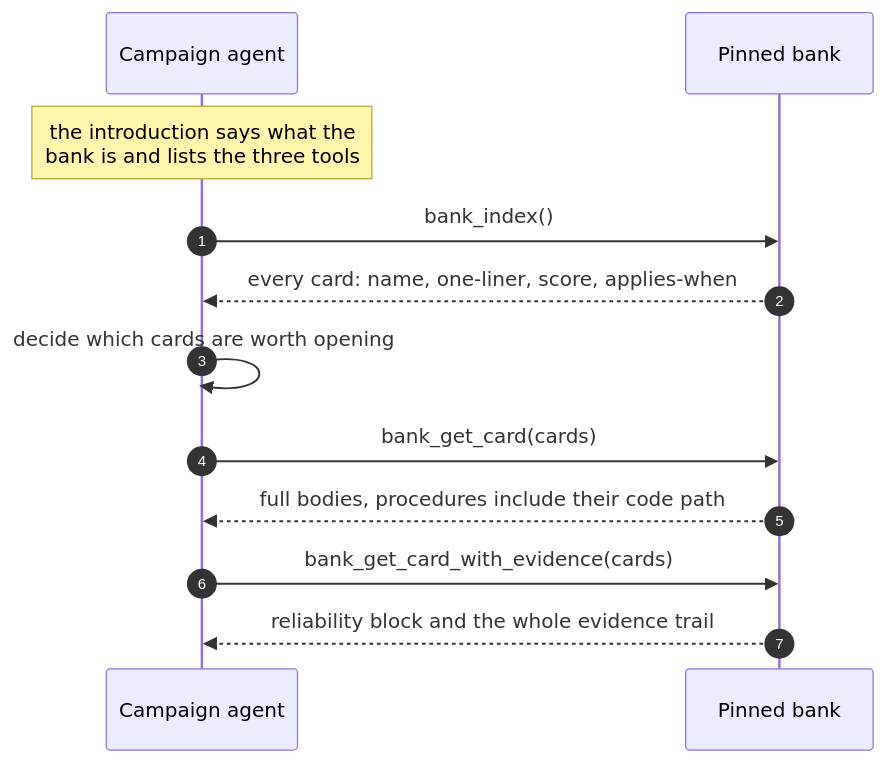
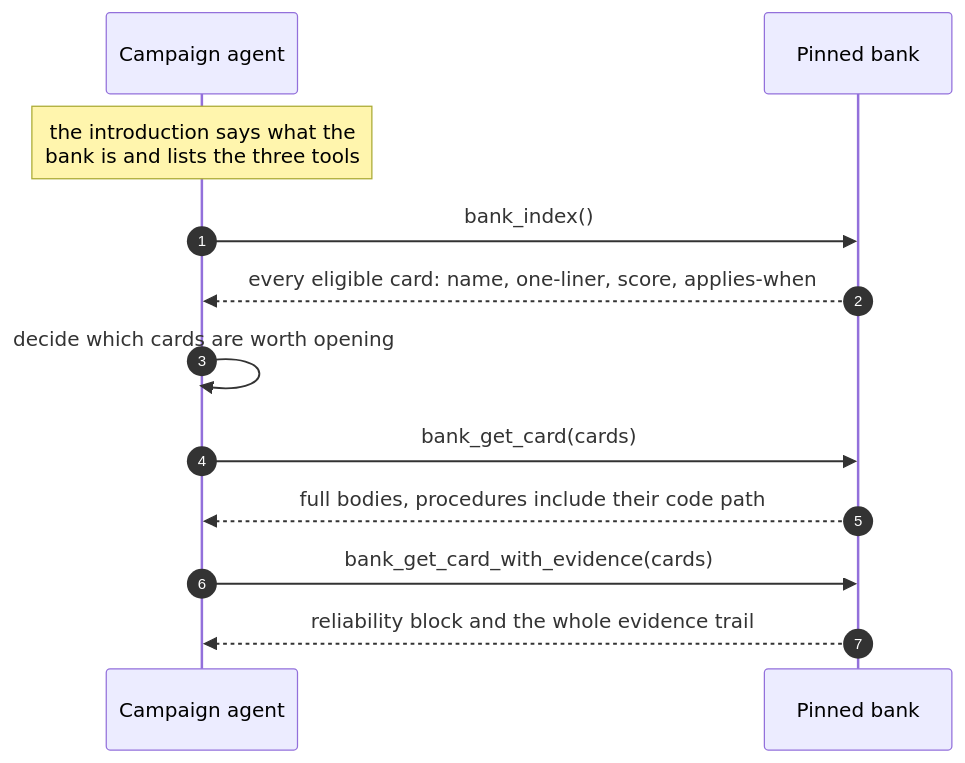
One commit to Abhishek-B-R/kapso changed the diagram in docs/learning/serving.mdx. Above: the diagram before and after it, drawn with Mermaid. The commit also changed other lines of this file and 49 other files, not shown here.

````diff
--- a/docs/learning/serving.mdx
+++ b/docs/learning/serving.mdx
@@ -30,15 +28,15 @@
 ```mermaid
 sequenceDiagram
     autonumber
     participant A as Campaign agent
     participant B as Pinned bank
 
     Note over A: the introduction says what the<br/>bank is and lists the three tools
     A->>B: bank_index()
-    B-->>A: every card: name, one-liner, score, applies-when
+    B-->>A: every eligible card: name, one-liner, score, applies-when
     A->>A: decide which cards are worth opening
     A->>B: bank_get_card(cards)
     B-->>A: full bodies, procedures include their code path
     A->>B: bank_get_card_with_evidence(cards)
     B-->>A: reliability block and the whole evidence trail
 ```
````
